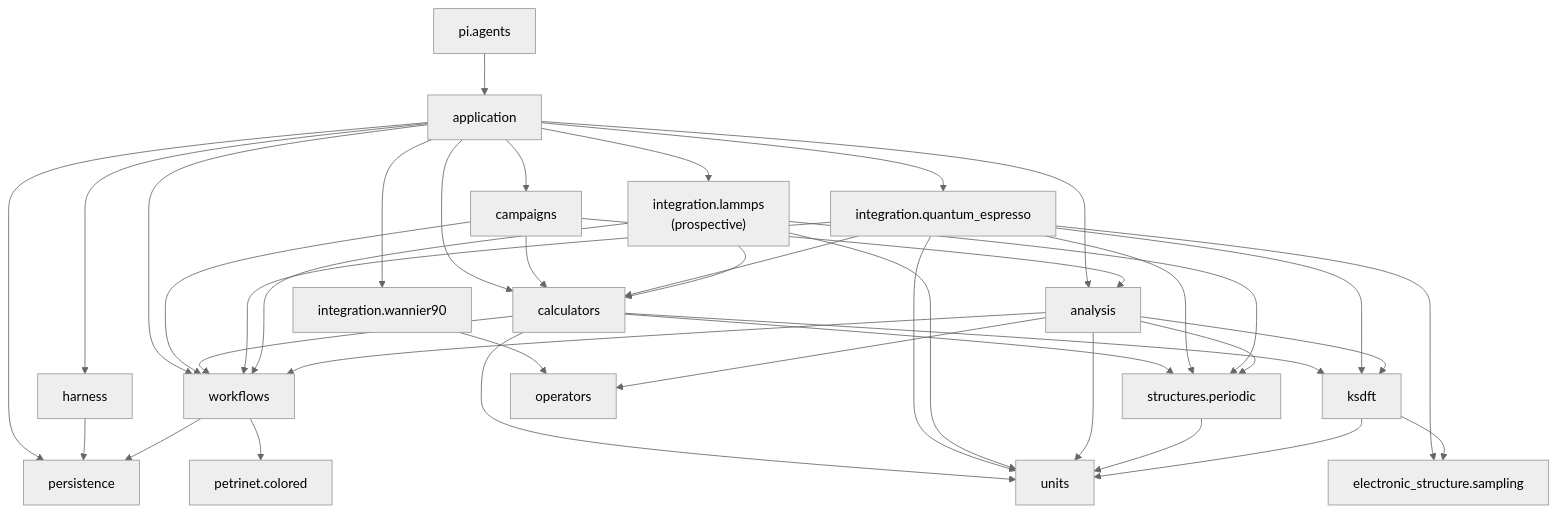
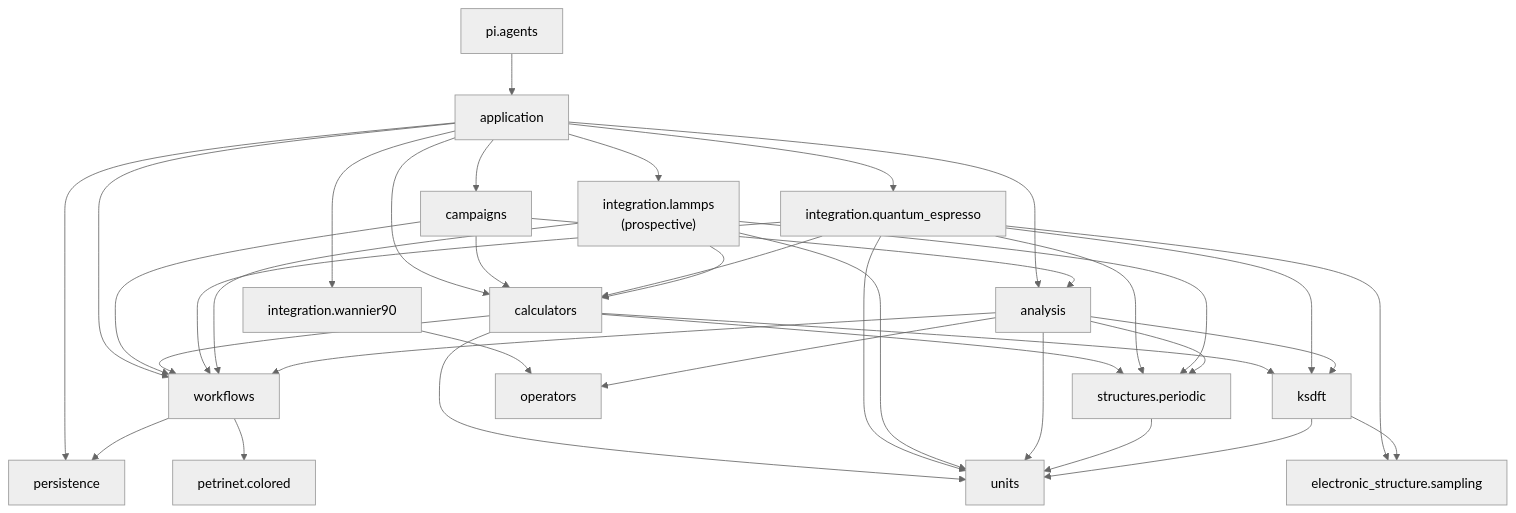
Before and after one commit to eragasa/ksdft2effmass: the diagram in docs/architecture/v2/ksdft2effmass/index.md, drawn with Mermaid (neutral theme). The commit also changed other lines of this file and 1198 other files, not shown here.

Commit message:
refactor: remove repository harness and legacy architecture

````diff
--- a/docs/architecture/v2/ksdft2effmass/index.md
+++ b/docs/architecture/v2/ksdft2effmass/index.md
@@ -9,60 +9,57 @@
 ```mermaid
 flowchart TB
     app["application"]
     persistence["persistence"]
-    harness["harness"]
     workflows["workflows"]
     petrinet["petrinet.colored"]
     campaigns["campaigns"]
     calculators["calculators"]
     qe_integration["integration.quantum_espresso"]
     wannier90_integration["integration.wannier90"]
     lammps_integration["integration.lammps<br/>(prospective)"]
     structures["structures.periodic"]
     sampling["electronic_structure.sampling"]
     units["units"]
     ksdft["ksdft"]
     operators["operators"]
     analysis["analysis"]
     pi_agents["pi.agents"]
 
     pi_agents --> app
     app --> persistence
-    app --> harness
     app --> workflows
     app --> campaigns
     app --> calculators
     app --> qe_integration
     app --> wannier90_integration
     app --> lammps_integration
     app --> analysis
-    harness --> persistence
     workflows --> persistence
     workflows --> petrinet
     campaigns --> workflows
     campaigns --> calculators
     campaigns --> analysis
     calculators --> workflows
     calculators --> structures
     calculators --> units
     calculators --> ksdft
     qe_integration --> calculators
     qe_integration --> workflows
     qe_integration --> structures
     qe_integration --> sampling
     qe_integration --> units
     qe_integration --> ksdft
     wannier90_integration --> operators
     lammps_integration --> calculators
     lammps_integration --> workflows
     lammps_integration --> structures
     lammps_integration --> units
     analysis --> workflows
     analysis --> structures
     analysis --> units
     analysis --> ksdft
     structures --> units
     ksdft --> sampling
     ksdft --> units
     analysis --> operators
 ```
````
